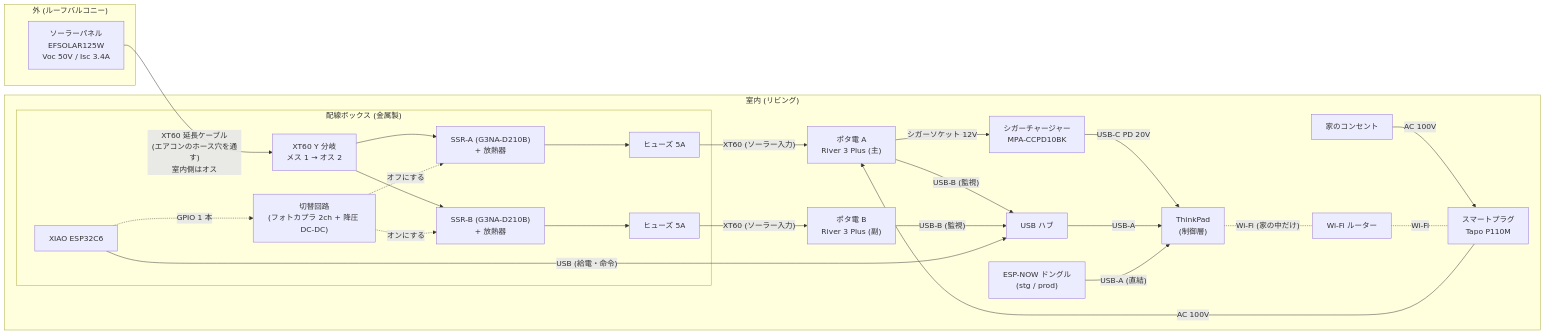
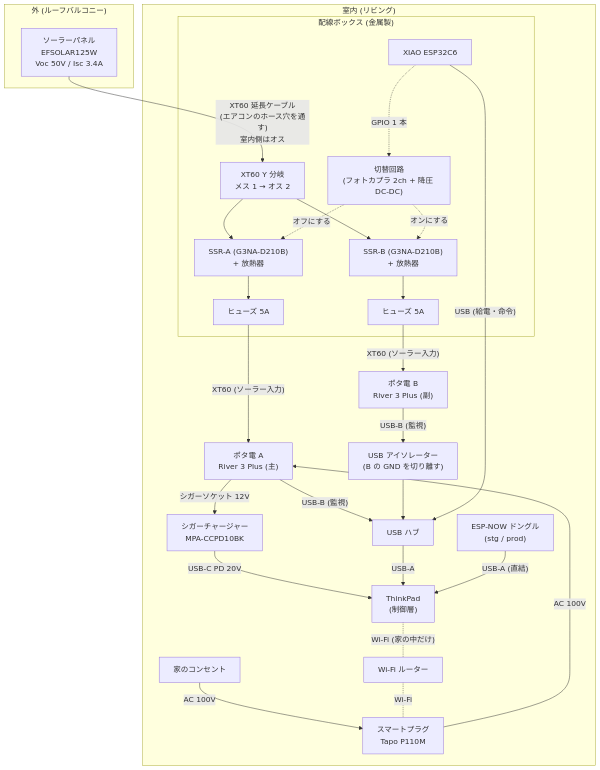
Before and after one commit to junkei-okinawa/FarmVerse: the first of 2 diagrams in docs/3_PowerSystem/01_電源システム設計.md, drawn with Mermaid. The commit also changed other lines of this file, not shown here.

First line of the commit message:
docs(power): address PR review (TB diagram, R1 limit resistor, USB isolator, purchase list)

````diff
--- a/docs/3_PowerSystem/01_電源システム設計.md
+++ b/docs/3_PowerSystem/01_電源システム設計.md
@@ -27,47 +27,48 @@
 ```mermaid
-flowchart LR
+flowchart TB
     subgraph OUT["外 (ルーフバルコニー)"]
         PV["ソーラーパネル<br/>EFSOLAR125W<br/>Voc 50V / Isc 3.4A"]
     end
 
     PV -- "XT60 延長ケーブル<br/>(エアコンのホース穴を通す)<br/>室内側はオス" --> Y
 
     subgraph IN["室内 (リビング)"]
         subgraph BOX["配線ボックス (金属製)"]
             Y["XT60 Y 分岐<br/>メス 1 → オス 2"]
             SSRA["SSR-A (G3NA-D210B)<br/>+ 放熱器"]
             SSRB["SSR-B (G3NA-D210B)<br/>+ 放熱器"]
             FA["ヒューズ 5A"]
             FB["ヒューズ 5A"]
             CTRL["切替回路<br/>(フォトカプラ 2ch + 降圧 DC-DC)"]
             ESP["XIAO ESP32C6"]
         end
 
         A["ポタ電 A<br/>River 3 Plus (主)"]
         B["ポタ電 B<br/>River 3 Plus (副)"]
         TP["ThinkPad<br/>(制御層)"]
         HUB["USB ハブ"]
+        ISO["USB アイソレーター<br/>(B の GND を切り離す)"]
         CC["シガーチャージャー<br/>MPA-CCPD10BK"]
         P1["スマートプラグ<br/>Tapo P110M"]
         WALL["家のコンセント"]
         WIFI["Wi-Fi ルーター"]
         DONGLE["ESP-NOW ドングル<br/>(stg / prod)"]
     end
 
     Y --> SSRA --> FA -- "XT60 (ソーラー入力)" --> A
     Y --> SSRB --> FB -- "XT60 (ソーラー入力)" --> B
 
     A -- "シガーソケット 12V" --> CC -- "USB-C PD 20V" --> TP
     WALL -- "AC 100V" --> P1 -- "AC 100V" --> A
 
     A -- "USB-B (監視)" --> HUB
-    B -- "USB-B (監視)" --> HUB
+    B -- "USB-B (監視)" --> ISO --> HUB
     ESP -- "USB (給電・命令)" --> HUB
     HUB -- "USB-A" --> TP
     DONGLE -- "USB-A (直結)" --> TP
 
     ESP -. "GPIO 1 本" .-> CTRL
     CTRL -. "オフにする" .-> SSRA
     CTRL -. "オンにする" .-> SSRB
     TP -. "Wi-Fi (家の中だけ)" .- WIFI -. "Wi-Fi" .- P1
 ```
````
